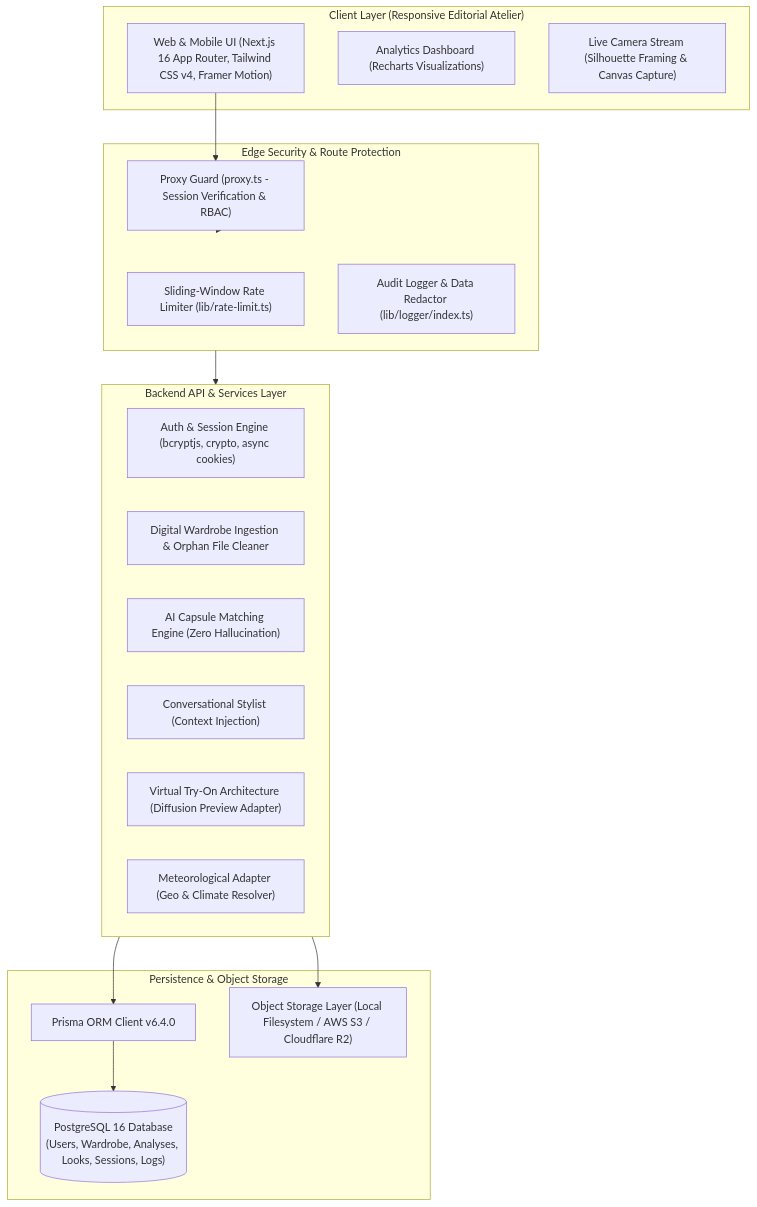
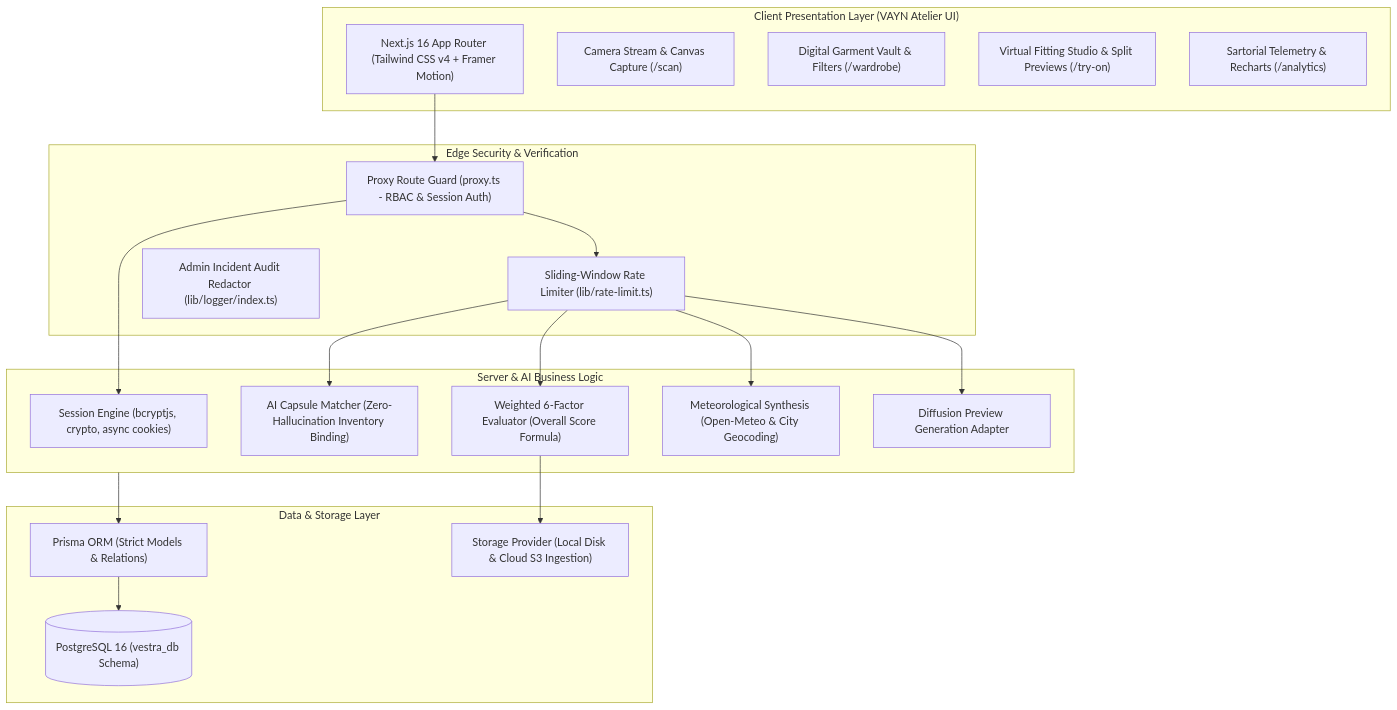
One commit to spidermanindian027-dotcom/project-x changed the diagram in README.md. Above: the diagram before and after it, drawn with Mermaid. The commit also changed other lines of this file and 30 other files, not shown here.

Commit message:
feat(brand): complete VAYN brand transformation, fashion UI redesign, and editorial styling

````diff
--- a/README.md
+++ b/README.md
@@ -41,36 +53,41 @@
 ```mermaid
 flowchart TD
-    subgraph Client ["Client Layer (Responsive Editorial Atelier)"]
-        UI["Web & Mobile UI (Next.js 16 App Router, Tailwind CSS v4, Framer Motion)"]
-        Charts["Analytics Dashboard (Recharts Visualizations)"]
-        Camera["Live Camera Stream (Silhouette Framing & Canvas Capture)"]
+    subgraph Client ["Client Presentation Layer (VAYN Atelier UI)"]
+        UI["Next.js 16 App Router (Tailwind CSS v4 + Framer Motion)"]
+        ScannerView["Camera Stream & Canvas Capture (/scan)"]
+        WardrobeView["Digital Garment Vault & Filters (/wardrobe)"]
+        TryOnView["Virtual Fitting Studio & Split Previews (/try-on)"]
+        AnalyticsView["Sartorial Telemetry & Recharts (/analytics)"]
     end
 
-    subgraph Security ["Edge Security & Route Protection"]
-        Proxy["Proxy Guard (proxy.ts - Session Verification & RBAC)"]
+    subgraph Security ["Edge Security & Verification"]
+        Proxy["Proxy Route Guard (proxy.ts - RBAC & Session Auth)"]
         RateLimit["Sliding-Window Rate Limiter (lib/rate-limit.ts)"]
-        Redactor["Audit Logger & Data Redactor (lib/logger/index.ts)"]
+        AuditLog["Admin Incident Audit Redactor (lib/logger/index.ts)"]
     end
 
-    subgraph Backend ["Backend API & Services Layer"]
-        AuthSvc["Auth & Session Engine (bcryptjs, crypto, async cookies)"]
-        WardrobeSvc["Digital Wardrobe Ingestion & Orphan File Cleaner"]
-        MatchingEngine["AI Capsule Matching Engine (Zero Hallucination)"]
-        StylistChat["Conversational Stylist (Context Injection)"]
-        TryOnPipeline["Virtual Try-On Architecture (Diffusion Preview Adapter)"]
-        WeatherAdapter["Meteorological Adapter (Geo & Climate Resolver)"]
+    subgraph Backend ["Server & AI Business Logic"]
+        AuthModule["Session Engine (bcryptjs, crypto, async cookies)"]
+        MatchingEngine["AI Capsule Matcher (Zero-Hallucination Inventory Binding)"]
+        ScannerEngine["Weighted 6-Factor Evaluator (Overall Score Formula)"]
+        WeatherStylist["Meteorological Synthesis (Open-Meteo & City Geocoding)"]
+        TryOnDiffusion["Diffusion Preview Generation Adapter"]
     end
 
-    subgraph Storage ["Persistence & Object Storage"]
-        PrismaORM["Prisma ORM Client v6.4.0"]
-        PostgreSQL[("PostgreSQL 16 Database\n(Users, Wardrobe, Analyses, Looks, Sessions, Logs)")]
-        FileStorage["Object Storage Layer (Local Filesystem / AWS S3 / Cloudflare R2)"]
+    subgraph Storage ["Data & Storage Layer"]
+        DB[("PostgreSQL 16 (vestra_db Schema)")]
+        Prisma["Prisma ORM (Strict Models & Relations)"]
+        StorageAdapter["Storage Provider (Local Disk & Cloud S3 Ingestion)"]
     end
 
     UI --> Proxy
-    Proxy --> Security
-    Security --> Backend
-    Backend --> PrismaORM
-    PrismaORM --> PostgreSQL
-    Backend --> FileStorage
+    Proxy --> AuthModule
+    Proxy --> RateLimit
+    RateLimit --> ScannerEngine
+    RateLimit --> MatchingEngine
+    RateLimit --> WeatherStylist
+    RateLimit --> TryOnDiffusion
+    Backend --> Prisma
+    Prisma --> DB
+    ScannerEngine --> StorageAdapter
 ```
````
